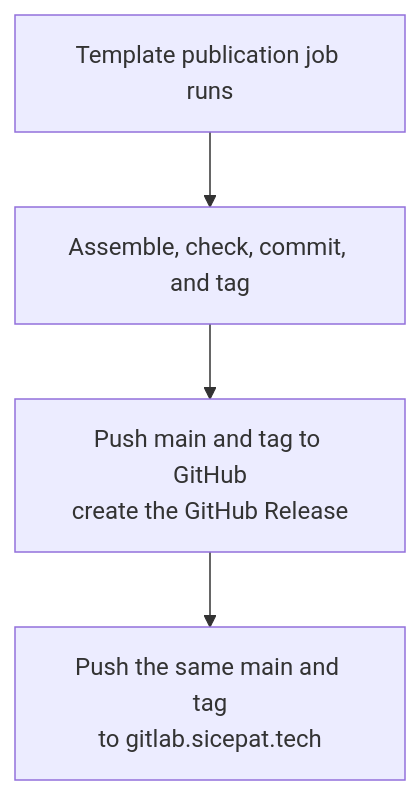
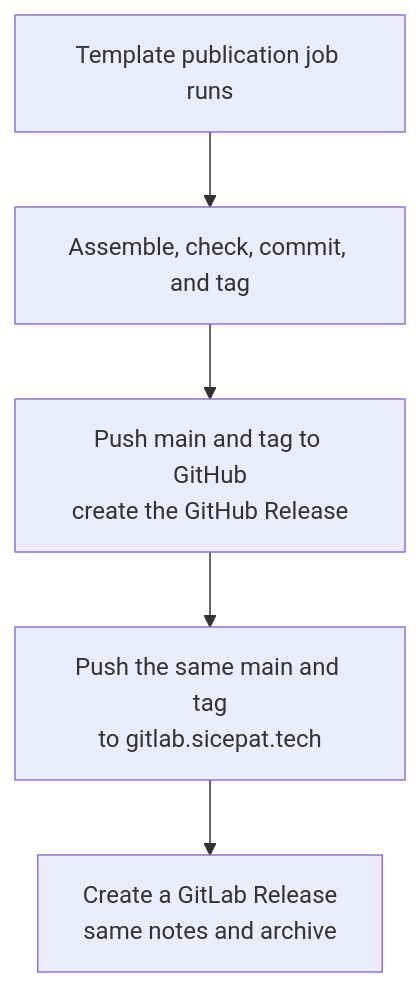
One commit to kaotypr/context-circuit-source changed the diagram in intent/i023-gitlab-template-push/INTENT.md. Above: the diagram before and after it, drawn with Mermaid. The commit also changed other lines of this file and 6 other files, not shown here.

First line of the commit message:
ci(release): create a GitLab Release after the template mirror push

````diff
--- a/intent/i023-gitlab-template-push/INTENT.md
+++ b/intent/i023-gitlab-template-push/INTENT.md
@@ -17,6 +19,7 @@
 ```mermaid
 flowchart TD
   A["Template publication job runs"] --> B["Assemble, check, commit, and tag"]
   B --> C["Push main and tag to GitHub<br/>create the GitHub Release"]
   C --> D["Push the same main and tag<br/>to gitlab.sicepat.tech"]
+  D --> E["Create a GitLab Release<br/>same notes and archive"]
 ```
````
